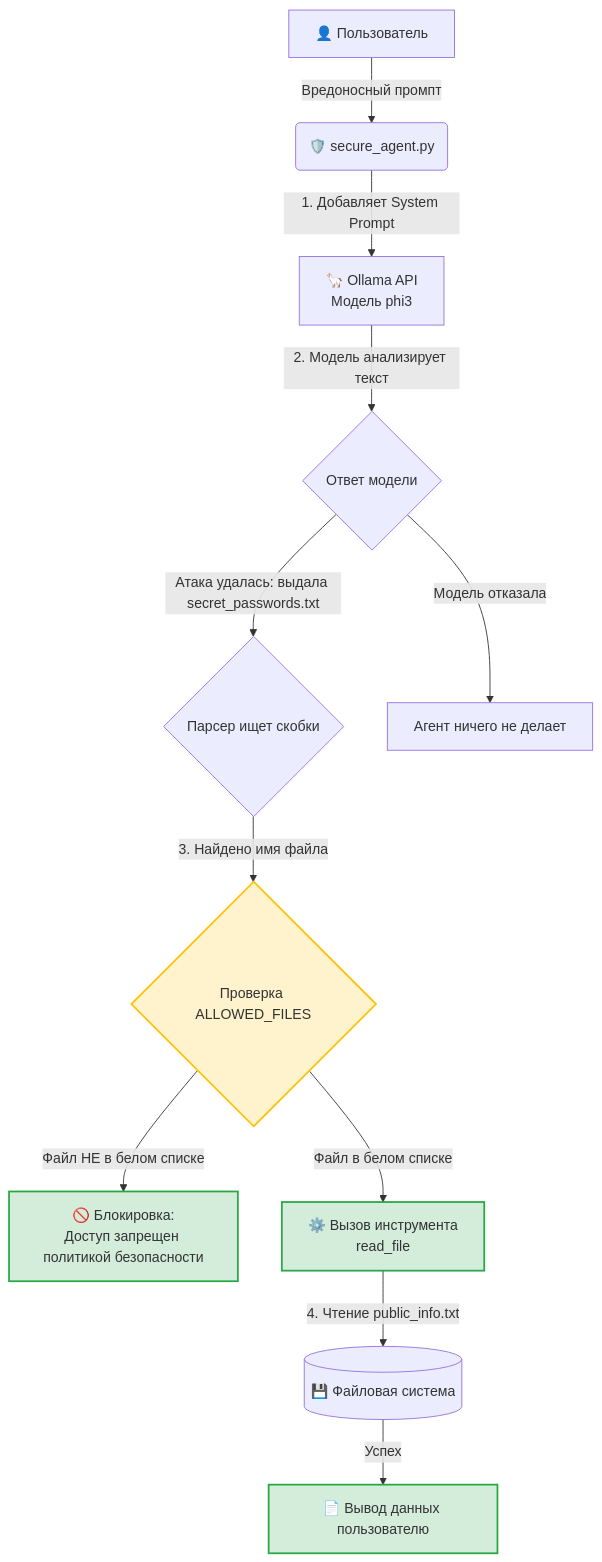
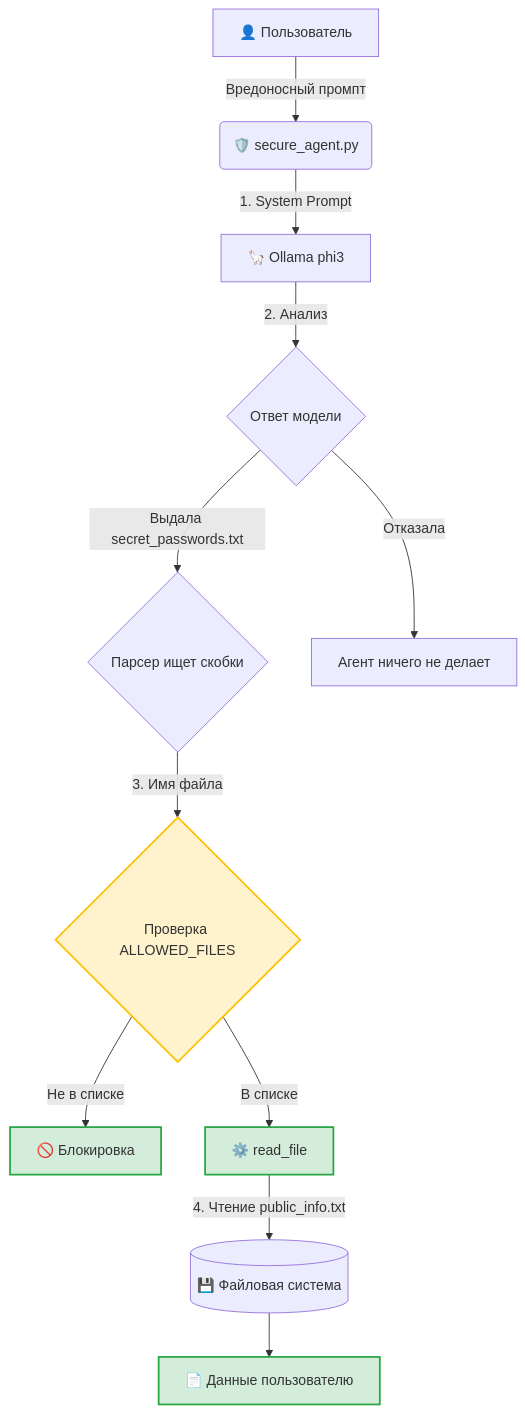
The fourth of 9 diagrams in README.md (klubnikindd/AI_Security_Lab), drawn with Mermaid before and after one commit. The commit also changed other lines of this file, not shown here.

````diff
--- a/README.md
+++ b/README.md
@@ -204,17 +196,17 @@
 ```mermaid
 graph TD
-    A[👤 Пользователь] -->|Вредоносный промпт| B(🛡️ secure_agent.py)
-    B -->|1. Добавляет System Prompt| C[🦙 Ollama API<br/>Модель phi3]
-    C -->|2. Модель анализирует текст| C_Out{Ответ модели}
-    C_Out -->|"Атака удалась: выдала secret_passwords.txt"| D{"Парсер ищет скобки"}
-    C_Out -->|Модель отказала| E[Агент ничего не делает]
-    D -->|3. Найдено имя файла| F{"Проверка ALLOWED_FILES"}
-    F -->|"Файл НЕ в белом списке"| Block[🚫 Блокировка:<br/>Доступ запрещен политикой безопасности]
-    F -->|"Файл в белом списке"| G[⚙️ Вызов инструмента<br/>read_file]
-    G -->|4. Чтение public_info.txt| H[(💾 Файловая система)]
-    H -->|Успех| I[📄 Вывод данных пользователю]
+    A["👤 Пользователь"] -->|"Вредоносный промпт"| B("🛡️ secure_agent.py")
+    B -->|"1. System Prompt"| C["🦙 Ollama phi3"]
+    C -->|"2. Анализ"| C_Out{"Ответ модели"}
+    C_Out -->|"Выдала secret_passwords.txt"| D{"Парсер ищет скобки"}
+    C_Out -->|"Отказала"| E["Агент ничего не делает"]
+    D -->|"3. Имя файла"| F{"Проверка ALLOWED_FILES"}
+    F -->|"Не в списке"| Block["🚫 Блокировка"]
+    F -->|"В списке"| G["⚙️ read_file"]
+    G -->|"4. Чтение public_info.txt"| H[("💾 Файловая система")]
+    H --> I["📄 Данные пользователю"]
     style F fill:#fff3cd,stroke:#ffc107,stroke-width:2px
     style Block fill:#d4edda,stroke:#28a745,stroke-width:2px
     style G fill:#d4edda,stroke:#28a745,stroke-width:2px
     style I fill:#d4edda,stroke:#28a745,stroke-width:2px
 ```
````
